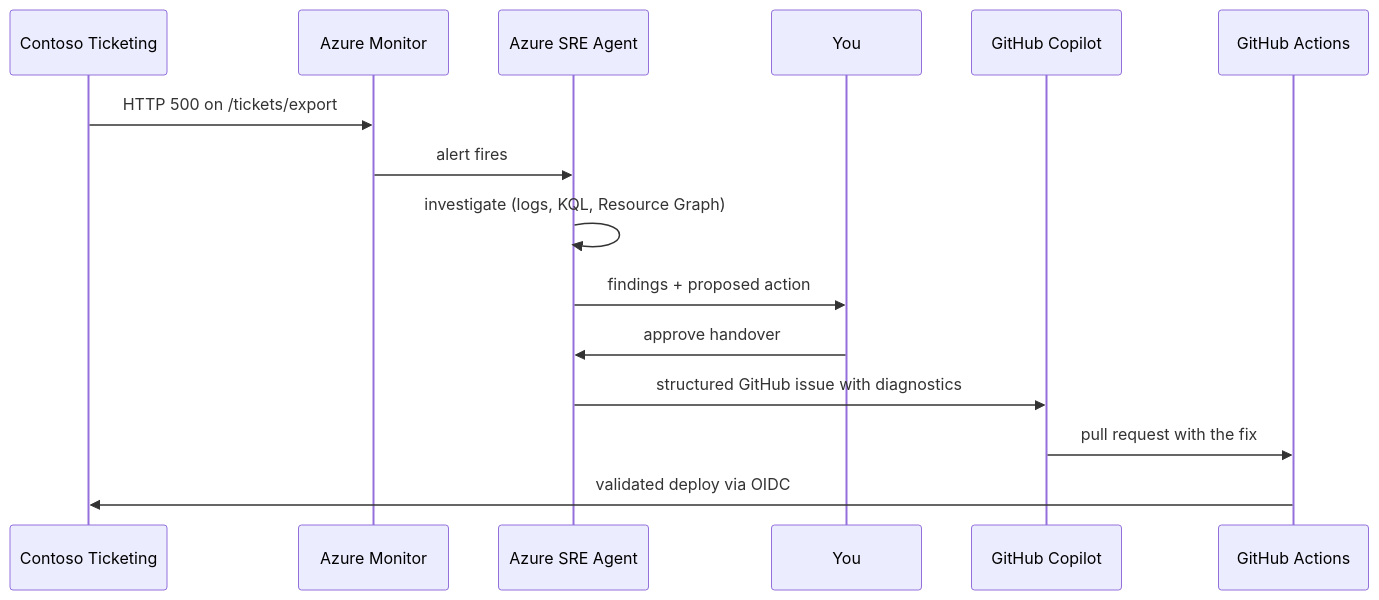
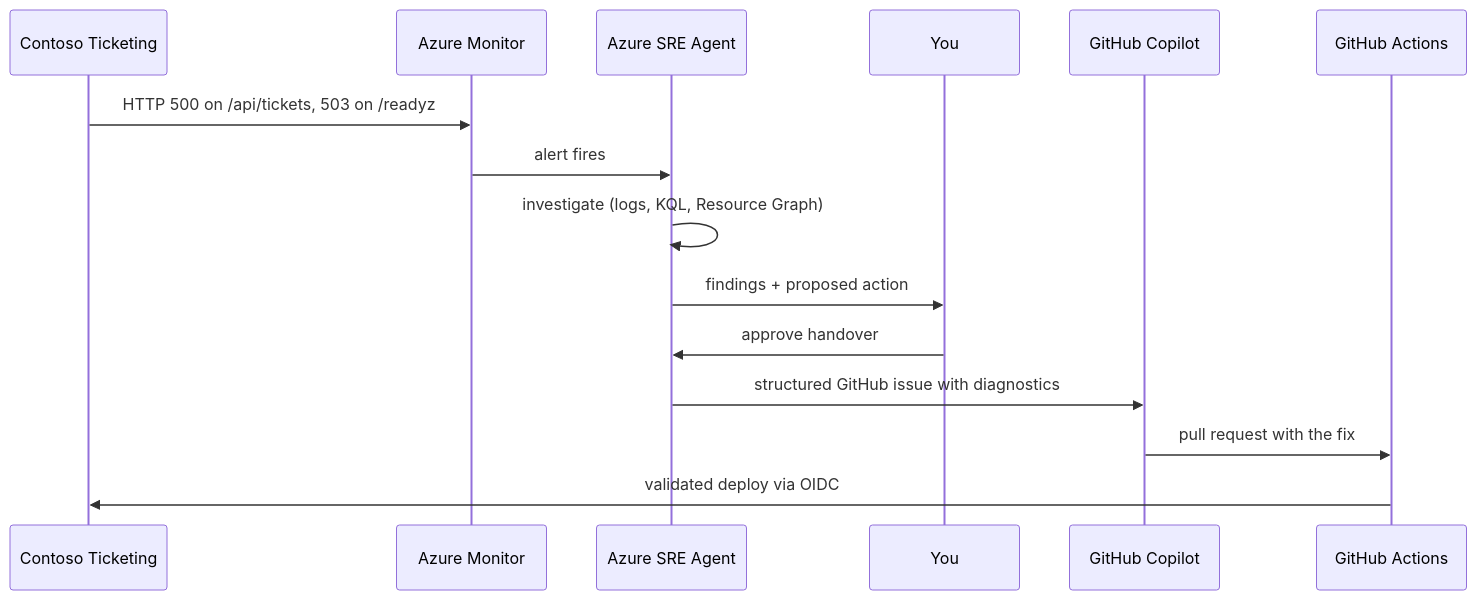
Before and after one commit to donk-msft/AgenticEngineering-Hackathon-Infrastructure: the diagram in docs/expert/lab-04-incident-handover.md, drawn with Mermaid. The commit also changed other lines of this file and 24 other files, not shown here.

````diff
--- a/docs/expert/lab-04-incident-handover.md
+++ b/docs/expert/lab-04-incident-handover.md
@@ -18,18 +18,18 @@
 ```mermaid
 sequenceDiagram
     participant App as Contoso Ticketing
     participant Mon as Azure Monitor
     participant SRE as Azure SRE Agent
     participant You as You
     participant Cop as GitHub Copilot
     participant CI as GitHub Actions
 
-    App->>Mon: HTTP 500 on /tickets/export
+    App->>Mon: HTTP 500 on /api/tickets, 503 on /readyz
     Mon->>SRE: alert fires
     SRE->>SRE: investigate (logs, KQL, Resource Graph)
     SRE->>You: findings + proposed action
     You->>SRE: approve handover
     SRE->>Cop: structured GitHub issue with diagnostics
     Cop->>CI: pull request with the fix
     CI->>App: validated deploy via OIDC
 ```
````
